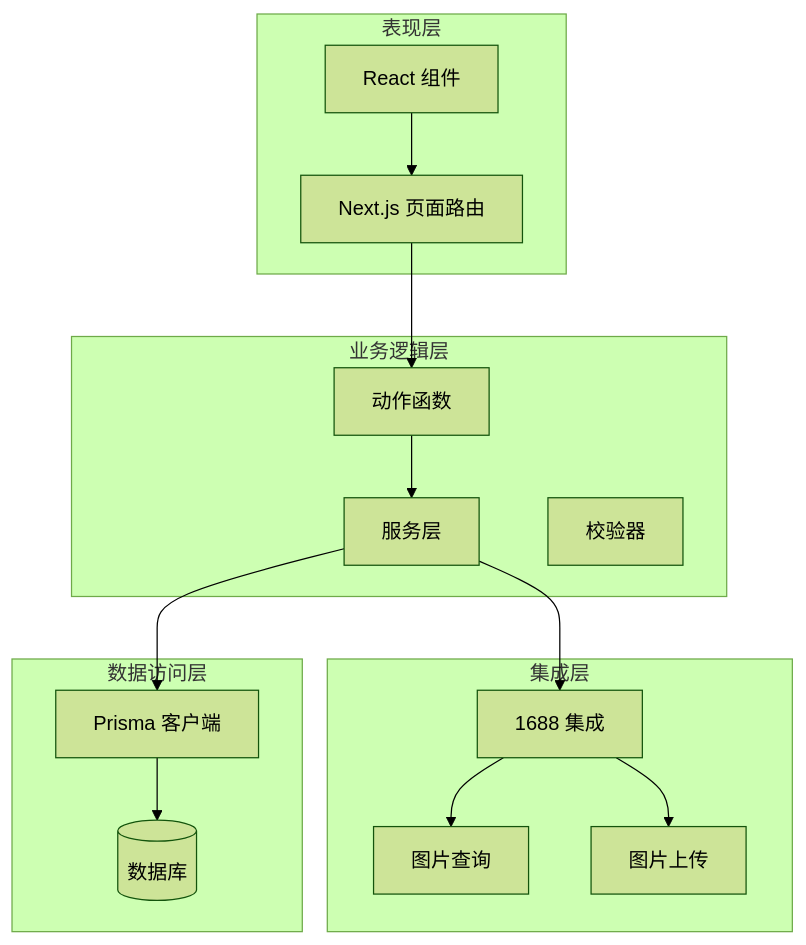
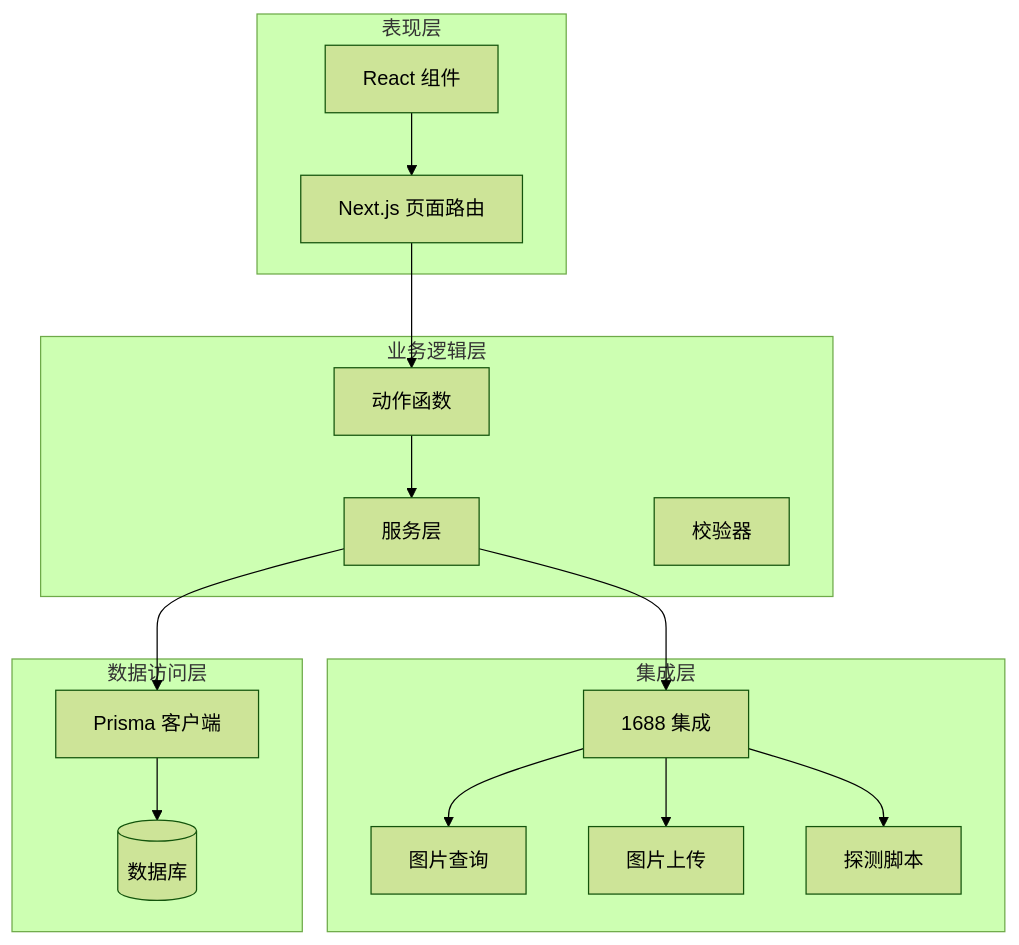
One commit to three3638-arch/celestia_2b changed the second of 8 diagrams in .qoder/repowiki/zh/content/管理后台系统/1688集成系统.md. Above: the diagram before and after it, drawn with Mermaid (forest theme). The commit also changed other lines of this file and 3 other files, not shown here.

````diff
--- a/.qoder/repowiki/zh/content/管理后台系统/1688集成系统.md
+++ b/.qoder/repowiki/zh/content/管理后台系统/1688集成系统.md
@@ -104,29 +114,31 @@
 ```mermaid
 graph TB
 subgraph "表现层"
 UI[React 组件]
 Pages[Next.js 页面路由]
 end
 subgraph "业务逻辑层"
 Actions[动作函数]
 Services[服务层]
 Validators[校验器]
 end
 subgraph "集成层"
 Ali1688[1688 集成]
 ImageQuery[图片查询]
 ImageUpload[图片上传]
+ProbeScript[探测脚本]
 end
 subgraph "数据访问层"
 Prisma[Prisma 客户端]
 DB[(数据库)]
 end
 UI --> Pages
 Pages --> Actions
 Actions --> Services
 Services --> Ali1688
 Ali1688 --> ImageQuery
 Ali1688 --> ImageUpload
+Ali1688 --> ProbeScript
 Services --> Prisma
 Prisma --> DB
 ```
````
